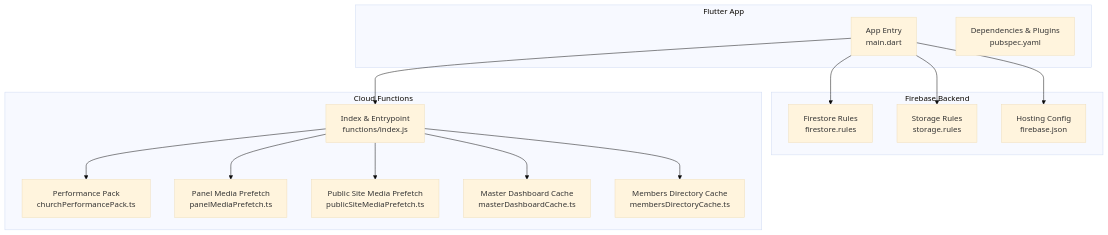
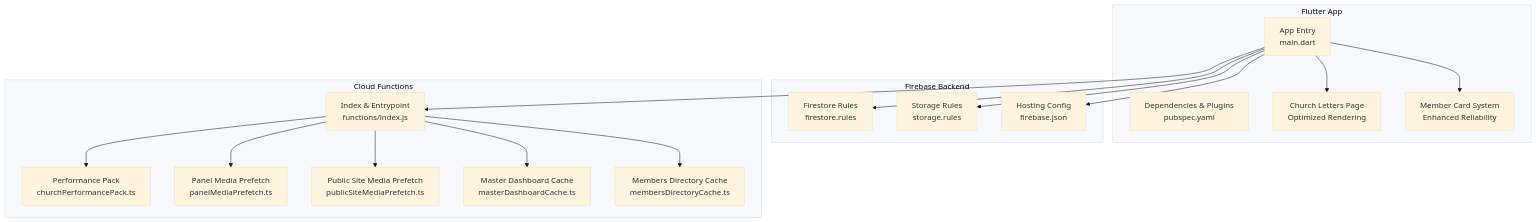
One commit to raihom-netizen/com.gestaoyahwehios.app changed the first of 13 diagrams in .qoder/repowiki/en/content/Architecture & Design/Data Flow & Synchronization/Performance Optimization Strategies.md. Above: the diagram before and after it, drawn with Mermaid (base theme). The commit also changed other lines of this file and 504 other files, not shown here.

````diff
--- a/.qoder/repowiki/en/content/Architecture & Design/Data Flow & Synchronization/Performance Optimization Strategies.md
+++ b/.qoder/repowiki/en/content/Architecture & Design/Data Flow & Synchronization/Performance Optimization Strategies.md
@@ -45,29 +55,33 @@
 ```mermaid
 graph TB
 subgraph "Flutter App"
 A["App Entry<br/>main.dart"]
 B["Dependencies & Plugins<br/>pubspec.yaml"]
+C["Church Letters Page<br/>Optimized Rendering"]
+D["Member Card System<br/>Enhanced Reliability"]
 end
 subgraph "Firebase Backend"
-C["Firestore Rules<br/>firestore.rules"]
-D["Storage Rules<br/>storage.rules"]
-E["Hosting Config<br/>firebase.json"]
+E["Firestore Rules<br/>firestore.rules"]
+F["Storage Rules<br/>storage.rules"]
+G["Hosting Config<br/>firebase.json"]
 end
 subgraph "Cloud Functions"
-F["Index & Entrypoint<br/>functions/index.js"]
-G["Performance Pack<br/>churchPerformancePack.ts"]
-H["Panel Media Prefetch<br/>panelMediaPrefetch.ts"]
-I["Public Site Media Prefetch<br/>publicSiteMediaPrefetch.ts"]
-J["Master Dashboard Cache<br/>masterDashboardCache.ts"]
-K["Members Directory Cache<br/>membersDirectoryCache.ts"]
+H["Index & Entrypoint<br/>functions/index.js"]
+I["Performance Pack<br/>churchPerformancePack.ts"]
+J["Panel Media Prefetch<br/>panelMediaPrefetch.ts"]
+K["Public Site Media Prefetch<br/>publicSiteMediaPrefetch.ts"]
+L["Master Dashboard Cache<br/>masterDashboardCache.ts"]
+M["Members Directory Cache<br/>membersDirectoryCache.ts"]
 end
 A --> C
 A --> D
 A --> E
 A --> F
-F --> G
-F --> H
-F --> I
-F --> J
-F --> K
+A --> G
+A --> H
+H --> I
+H --> J
+H --> K
+H --> L
+H --> M
 ```
````
